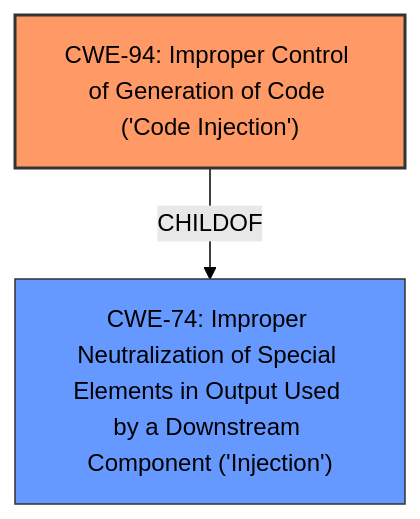
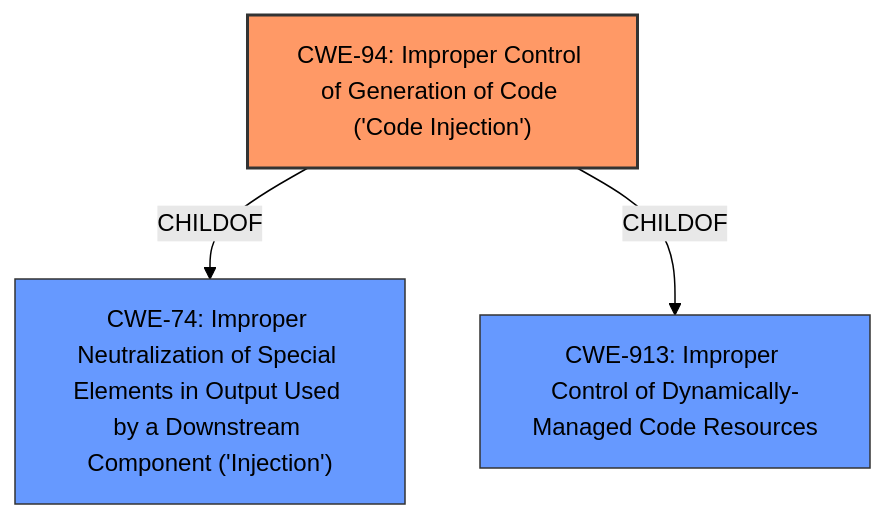
Before and after one commit to CyberSecAI/cwe_agent_assign_reports_2023: the diagram in CVE-2021-26855/CVE-2021-26855_analysis.md, drawn with Mermaid (forest theme). The commit also changed other lines of this file and 902 other files, not shown here.

````diff
--- a/CVE-2021-26855/CVE-2021-26855_analysis.md
+++ b/CVE-2021-26855/CVE-2021-26855_analysis.md
@@ -16,13 +16,15 @@
 ```mermaid
 graph TD
     cwe94["CWE-94: Improper Control of Generation of Code ('Code Injection')"]
     cwe74["CWE-74: Improper Neutralization of Special Elements in Output Used by a Downstream Component ('Injection')"]
+    cwe913["CWE-913: Improper Control of Dynamically-Managed Code Resources"]
 
     cwe94 -->|CHILDOF| cwe74
-    
+    cwe94 -->|CHILDOF| cwe913
+
     classDef primary fill:#f96,stroke:#333,stroke-width:2px
     classDef secondary fill:#69f,stroke:#333
-    
+    classDef tertiary fill:#9e9,stroke:#333
     class cwe94 primary
-    class cwe74 secondary
+    class cwe74,cwe913 secondary
 ```
````
